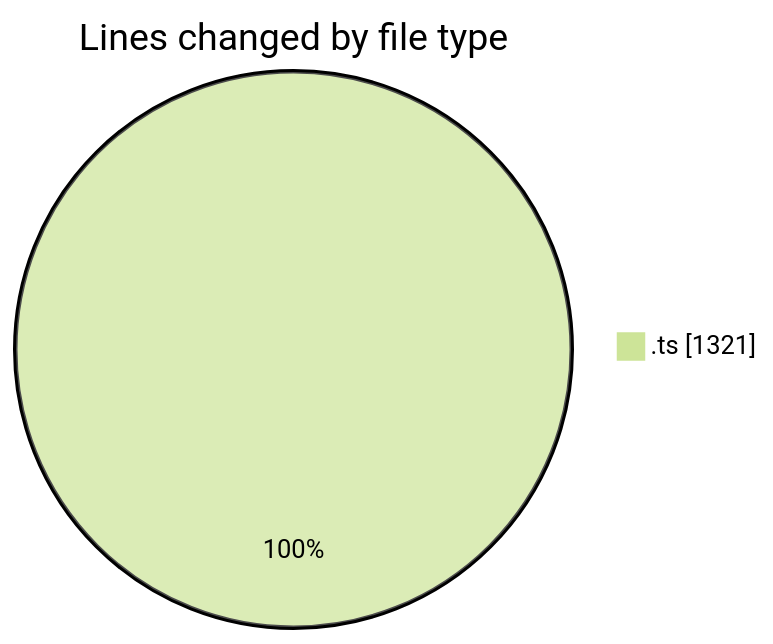
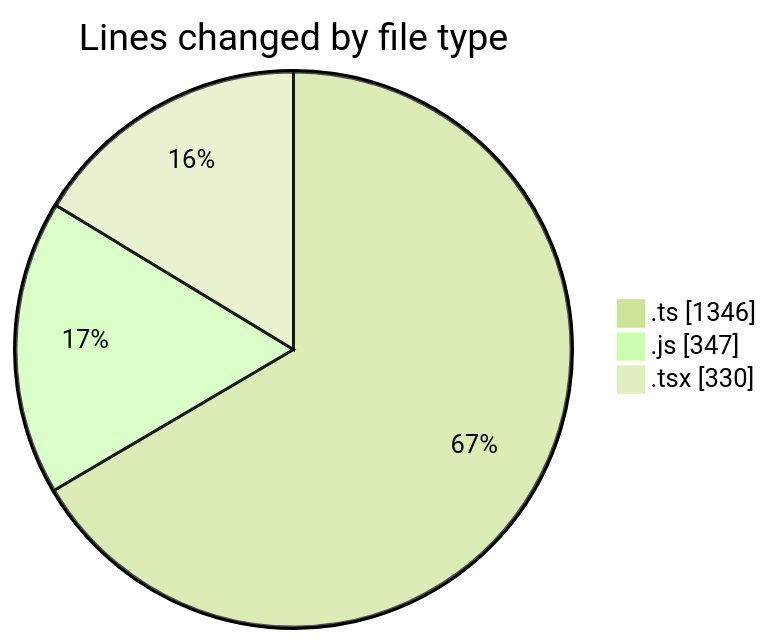
One commit to momahboobian/code-tracking changed the first of 2 diagrams in 2025-12-16/cda/README.md. Above: the diagram before and after it, drawn with Mermaid (forest theme). The commit also changed other lines of this file and 1 other file, not shown here.

````diff
--- a/2025-12-16/cda/README.md
+++ b/2025-12-16/cda/README.md
@@ -21,5 +23,7 @@
 ```mermaid
 pie showData
 title Lines changed by file type
-".ts" : 1321
+".ts" : 1346
+".js" : 347
+".tsx" : 330
 ```
````
